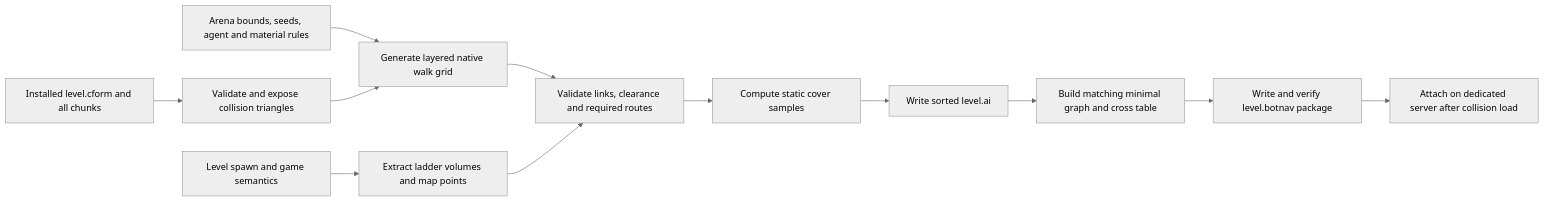
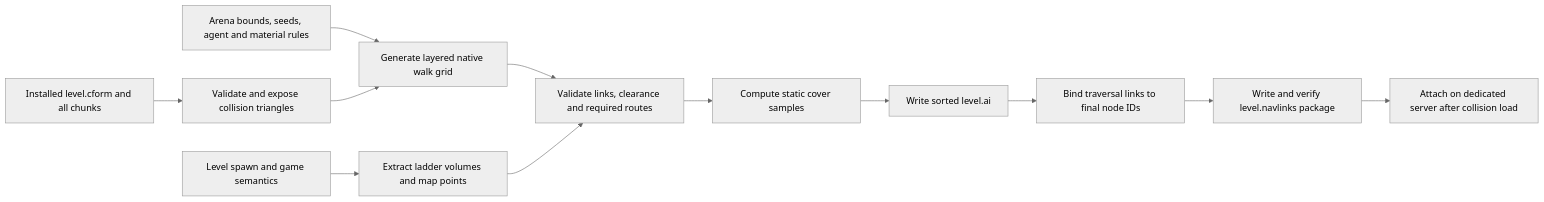
The diagram in docs/engine/multiplayer-navigation-pipeline.md (ddevidchenko/ixray-1.6-stcop), drawn with Mermaid (neutral theme) before and after one commit. The commit also changed other lines of this file and 20 other files, not shown here.

````diff
--- a/docs/engine/multiplayer-navigation-pipeline.md
+++ b/docs/engine/multiplayer-navigation-pipeline.md
@@ -101,14 +101,14 @@
 ```mermaid
 flowchart LR
     C[Installed level.cform and all chunks] --> I[Validate and expose collision triangles]
     A[Arena bounds, seeds, agent and material rules] --> G[Generate layered native walk grid]
     S[Level spawn and game semantics] --> L[Extract ladder volumes and map points]
     I --> G
     G --> V[Validate links, clearance and required routes]
     L --> V
     V --> CV[Compute static cover samples]
     CV --> AI[Write sorted level.ai]
-    AI --> BG[Build matching minimal graph and cross table]
-    BG --> PK[Write and verify level.botnav package]
+    AI --> BG[Bind traversal links to final node IDs]
+    BG --> PK[Write and verify level.navlinks package]
     PK --> SV[Attach on dedicated server after collision load]
 ```
````
